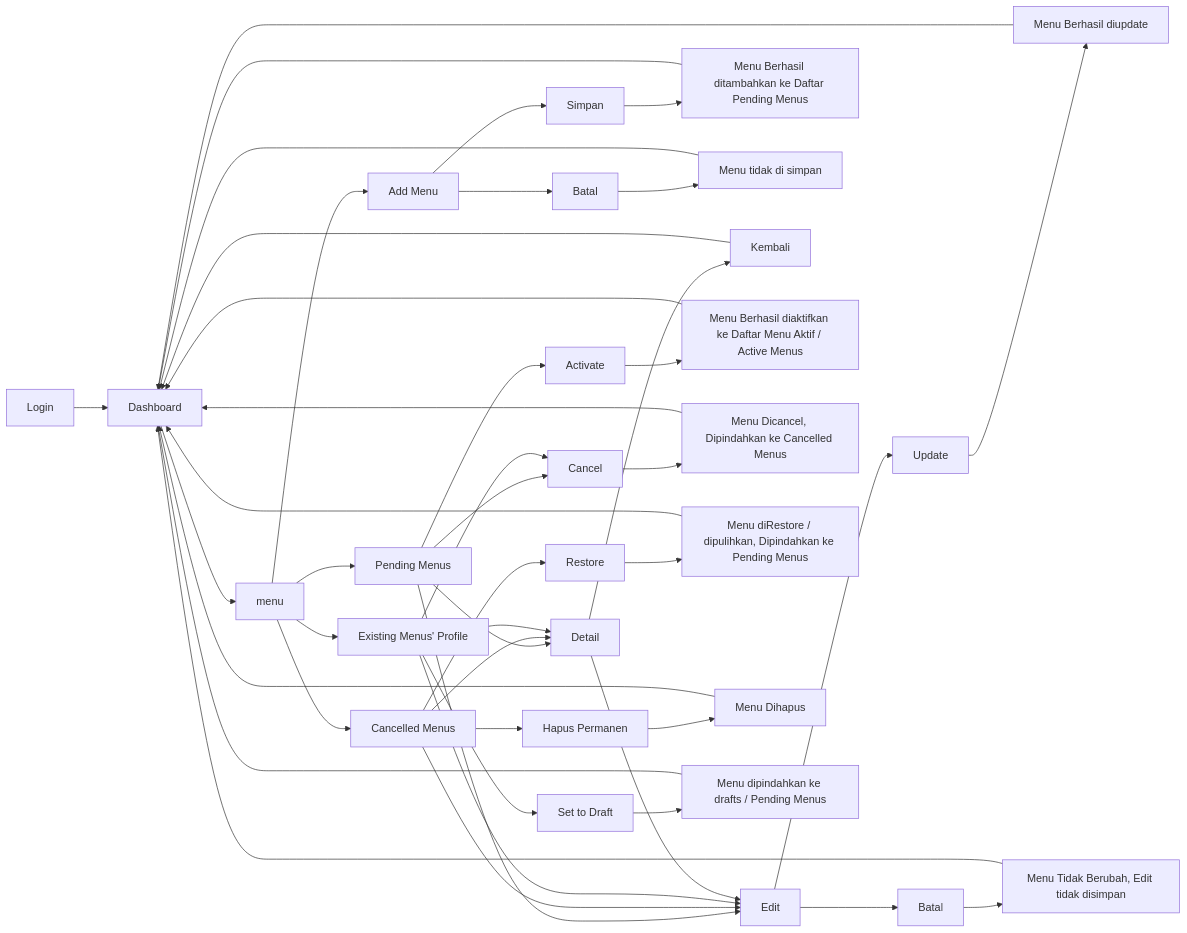
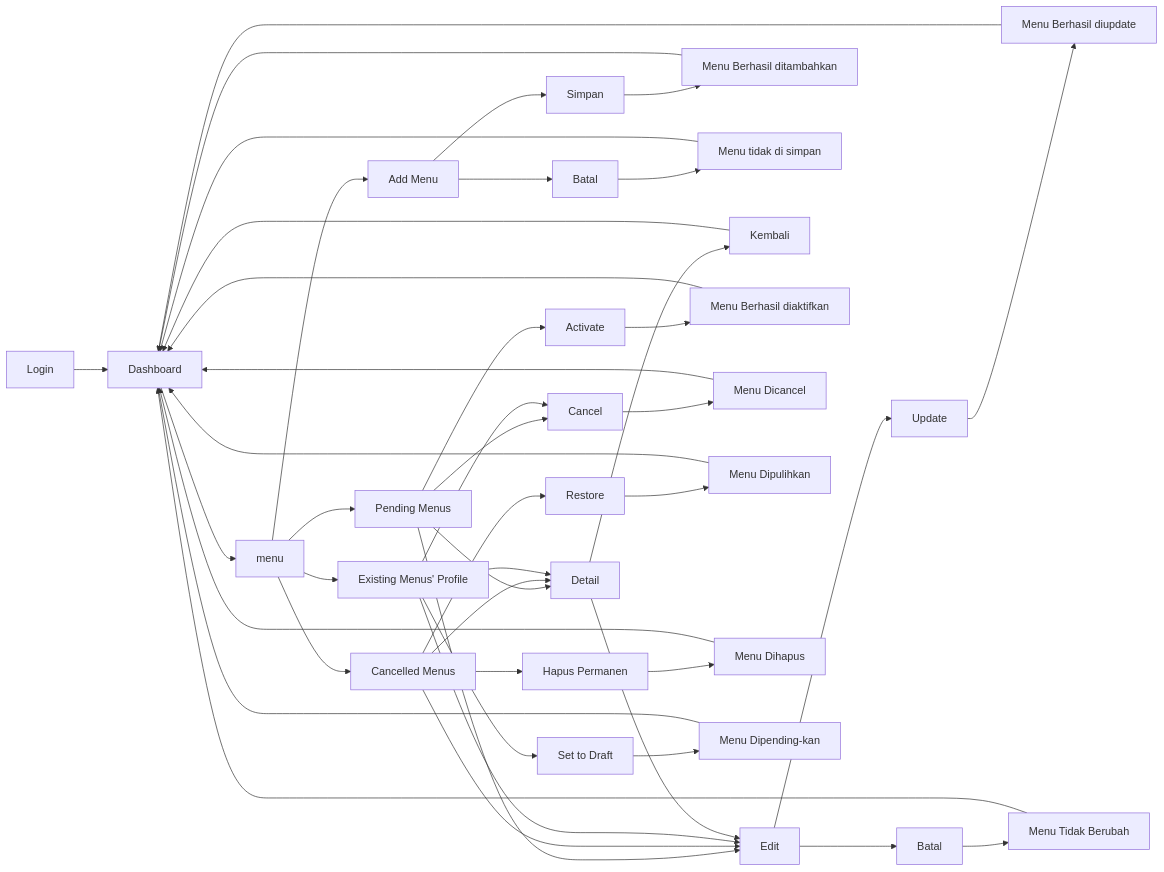
Before and after one commit to Kantin-UPB/kantin: the diagram in docs/231510001_Elva_CrudMenu.md, drawn with Mermaid. The commit also changed other lines of this file and 6 other files, not shown here.

Commit message:
Fixed Integration Create Menu w/ Tambah Kategori & Redirect Newly Added Menus to Pending Menus

````diff
--- a/docs/231510001_Elva_CrudMenu.md
+++ b/docs/231510001_Elva_CrudMenu.md
@@ -85,46 +88,52 @@
 ```mermaid
 graph LR
   1[Login] --> 2[Dashboard]
+  
   2 --> 3[menu]
+  
   3 --> 4[Add Menu]
   3 --> 5[Pending Menus]
   3 --> 6[Cancelled Menus]
   3 --> 7[Existing Menus' Profile]
+  
   4 --> 8[Simpan]
   4 --> 9[Batal]
   5 --> 10[Detail]
   5 --> 11[Edit]
   5 --> 12[Activate]
   5 --> 13[Cancel]
   6 --> 10
   6 --> 11
   6 --> 14[Restore]
   6 --> 15[Hapus Permanen]
   7 --> 10
   7 --> 11
   7 --> 16[Set to Draft]
   7 --> 13
-  8 --> 17[Menu Berhasil ditambahkan ke Daftar Pending Menus]
+  
+  8 --> 17[Menu Berhasil ditambahkan]
   9 --> 18[Menu tidak di simpan] 
   10 --> 11
   10 --> 19[Kembali]  
   11 --> 20[Update]
   11 --> 21[Batal]
-  12 --> 22[Menu Berhasil diaktifkan ke Daftar Menu Aktif / Active Menus]
-  13 --> 23[Menu Dicancel, Dipindahkan ke Cancelled Menus]
-  14 --> 24[Menu diRestore / dipulihkan, Dipindahkan ke Pending Menus]
+  12 --> 22[Menu Berhasil diaktifkan]
+  13 --> 23[Menu Dicancel]
+  14 --> 24[Menu Dipulihkan]
   15 --> 25[Menu Dihapus]
-  16 --> 26[Menu dipindahkan ke drafts / Pending Menus]
+  16 --> 26[Menu Dipending-kan]
+  
   17 --> 2
   18 --> 2
   19 --> 2
   20 --> 27[Menu Berhasil diupdate]
-  21 --> 28[Menu Tidak Berubah, Edit tidak disimpan]
+  21 --> 28[Menu Tidak Berubah]
   22 --> 2
   23 --> 2
   24 --> 2
   25 --> 2
   26 --> 2
+  
   27 --> 2
   28 --> 2
 ``` 
````
